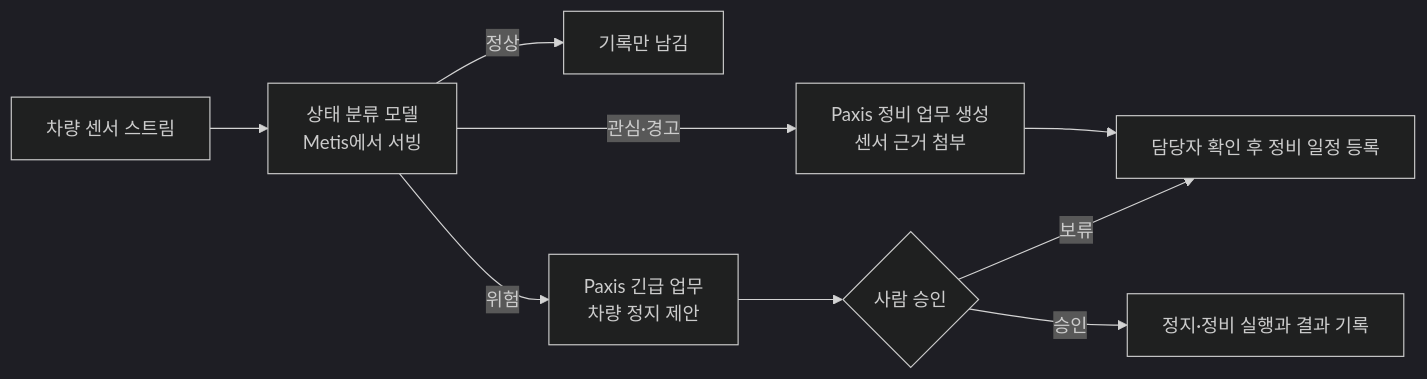
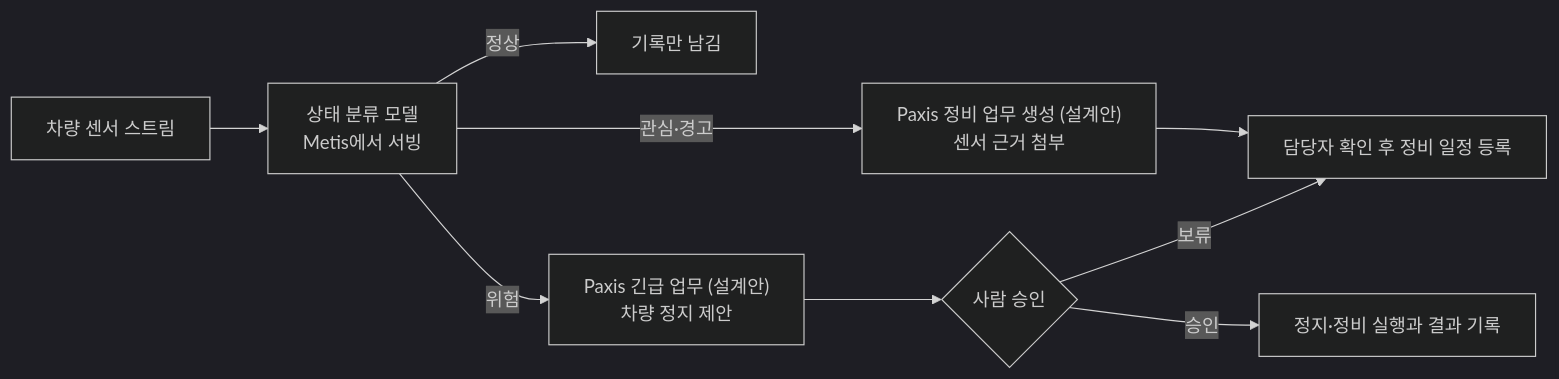
One commit to ThakiCloud/thakicloud.github.io changed the diagram in _posts/ko/research/2026-11-01-thaki-equipmenthealth-sensor-paxis-maintenance.md. Above: the diagram before and after it, drawn with Mermaid (dark theme). The commit also changed other lines of this file and 5 other files, not shown here.

````diff
--- a/_posts/ko/research/2026-11-01-thaki-equipmenthealth-sensor-paxis-maintenance.md
+++ b/_posts/ko/research/2026-11-01-thaki-equipmenthealth-sensor-paxis-maintenance.md
@@ -69,11 +69,11 @@
 ```mermaid
 flowchart LR
   A["차량 센서 스트림"] --> B["상태 분류 모델<br/>Metis에서 서빙"]
   B -->|정상| C["기록만 남김"]
-  B -->|관심·경고| D["Paxis 정비 업무 생성<br/>센서 근거 첨부"]
-  B -->|위험| E["Paxis 긴급 업무<br/>차량 정지 제안"]
+  B -->|관심·경고| D["Paxis 정비 업무 생성 (설계안)<br/>센서 근거 첨부"]
+  B -->|위험| E["Paxis 긴급 업무 (설계안)<br/>차량 정지 제안"]
   D --> F["담당자 확인 후 정비 일정 등록"]
   E --> G{"사람 승인"}
   G -->|승인| H["정지·정비 실행과 결과 기록"]
   G -->|보류| F
 ```
````
